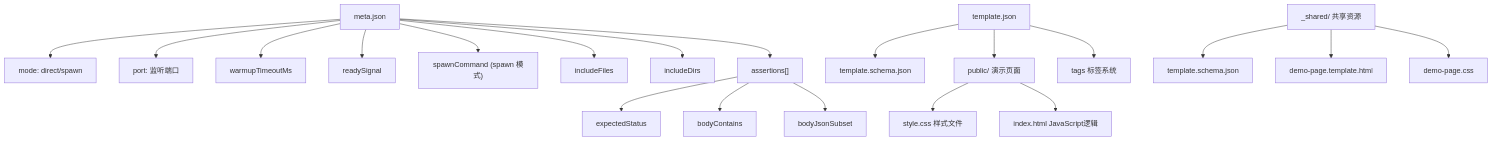
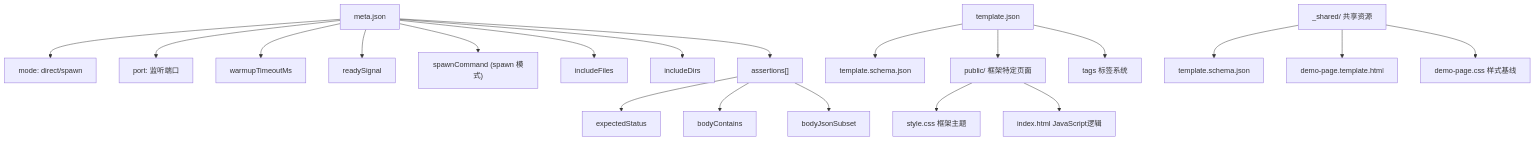
Before and after one commit to esa-sp/test-for-aone-ci: the sixth of 6 diagrams in .qoder/repowiki/zh/content/后端框架测试/后端框架测试套件.md, drawn with Mermaid. The commit also changed other lines of this file and 39 other files, not shown here.

````diff
--- a/.qoder/repowiki/zh/content/后端框架测试/后端框架测试套件.md
+++ b/.qoder/repowiki/zh/content/后端框架测试/后端框架测试套件.md
@@ -368,22 +339,22 @@
 ```mermaid
 graph TB
 Meta["meta.json"] --> Mode["mode: direct/spawn"]
 Meta --> Port["port: 监听端口"]
 Meta --> Warmup["warmupTimeoutMs"]
 Meta --> Ready["readySignal"]
 Meta --> SpawnCmd["spawnCommand (spawn 模式)"]
 Meta --> IncludeFiles["includeFiles"]
 Meta --> IncludeDirs["includeDirs"]
 Meta --> Assertions["assertions[]"]
 Assertions --> Status["expectedStatus"]
 Assertions --> BodyContains["bodyContains"]
 Assertions --> BodyJsonSubset["bodyJsonSubset"]
 Template["template.json"] --> Schema["template.schema.json"]
-Template --> Public["public/ 演示页面"]
+Template --> Public["public/ 框架特定页面"]
 Template --> Tags["tags 标签系统"]
-Public --> CSS["style.css 样式文件"]
+Public --> CSS["style.css 框架主题"]
 Public --> JS["index.html JavaScript逻辑"]
 Shared["_shared/ 共享资源"] --> TemplateSchema["template.schema.json"]
 Shared --> DemoTemplate["demo-page.template.html"]
-Shared --> DemoCSS["demo-page.css"]
+Shared --> DemoCSS["demo-page.css 样式基线"]
 ```
````
